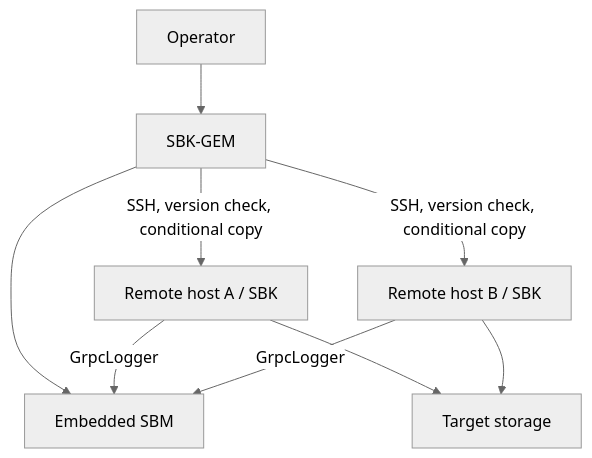
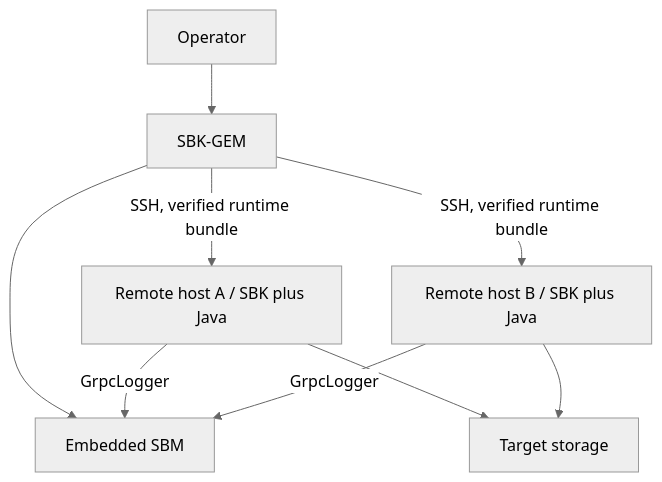
The diagram in sbk-gem/README.md (kmgowda/SBK), drawn with Mermaid (neutral theme) before and after one commit. The commit also changed other lines of this file and 28 other files, not shown here.

Commit message:
Harden SBK-GEM runtime deployment

````diff
--- a/sbk-gem/README.md
+++ b/sbk-gem/README.md
@@ -23,11 +23,11 @@
 ```mermaid
 flowchart TB
     OP[Operator] --> GEM[SBK-GEM]
     GEM --> SBM[Embedded SBM]
-    GEM -->|SSH, version check, conditional copy| A[Remote host A / SBK]
-    GEM -->|SSH, version check, conditional copy| B[Remote host B / SBK]
+    GEM -->|SSH, verified runtime bundle| A[Remote host A / SBK plus Java]
+    GEM -->|SSH, verified runtime bundle| B[Remote host B / SBK plus Java]
     A --> STORAGE[Target storage]
     B --> STORAGE
     A -->|GrpcLogger| SBM
     B -->|GrpcLogger| SBM
 ```
````
